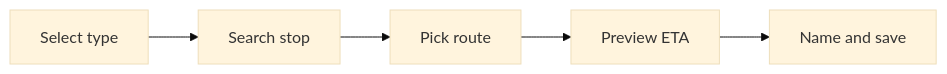
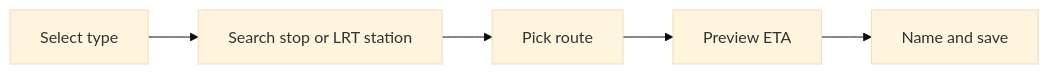
The diagram in docs/frontend.md (faworkshop/ptdashboard), drawn with Mermaid (base theme) before and after one commit. The commit also changed other lines of this file and 8 other files, not shown here.

````diff
--- a/docs/frontend.md
+++ b/docs/frontend.md
@@ -75,7 +76,7 @@
 ```mermaid
 flowchart LR
-  A[Select type] --> B[Search stop]
+  A[Select type] --> B[Search stop or LRT station]
   B --> C[Pick route]
   C --> D[Preview ETA]
   D --> E[Name and save]
 ```
````
